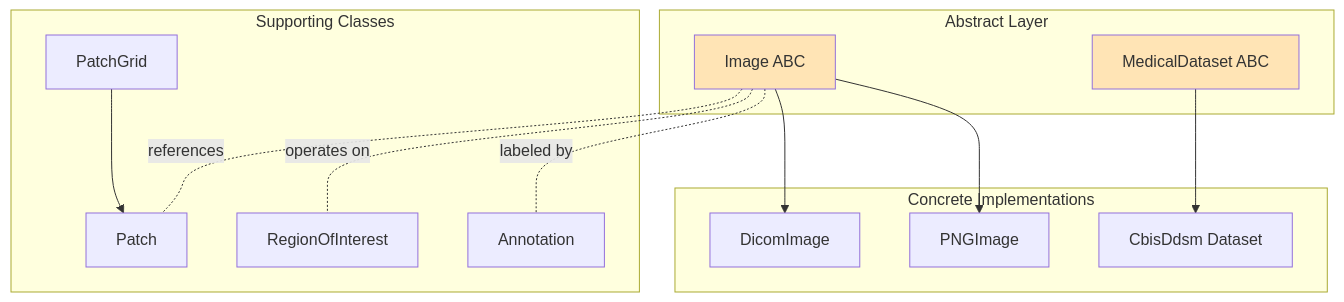
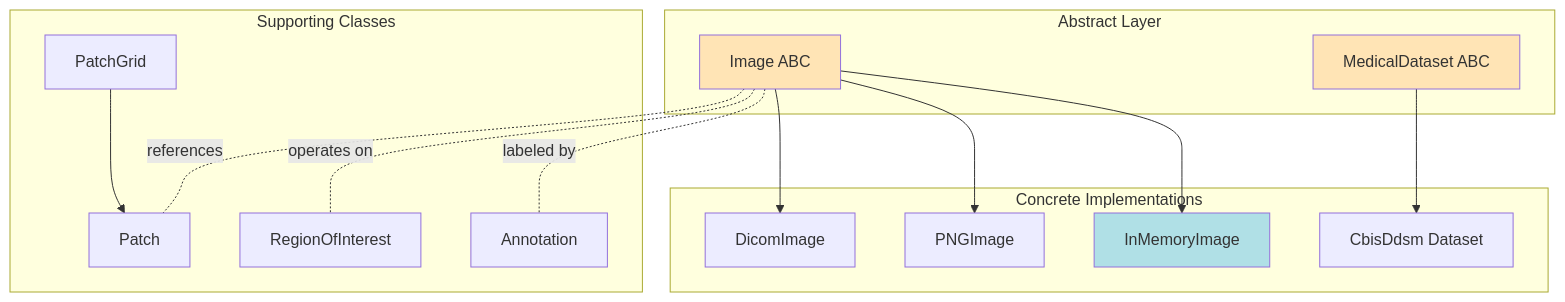
One commit to LATIS-medical-Imaging/medical-image-std changed the first of 12 diagrams in docs/architecture.md. Above: the diagram before and after it, drawn with Mermaid. The commit also changed other lines of this file and 9 other files, not shown here.

````diff
--- a/docs/architecture.md
+++ b/docs/architecture.md
@@ -48,32 +48,35 @@
 ```mermaid
 graph TB
     subgraph "Abstract Layer"
         Image[Image ABC]
         MedicalDataset[MedicalDataset ABC]
     end
-    
+
     subgraph "Concrete Implementations"
         DicomImage[DicomImage]
         PNGImage[PNGImage]
+        InMemoryImage[InMemoryImage]
         CbisDdsm[CbisDdsm Dataset]
     end
-    
+
     subgraph "Supporting Classes"
         Patch[Patch]
         PatchGrid[PatchGrid]
         ROI[RegionOfInterest]
         Annotation[Annotation]
     end
-    
+
     Image --> DicomImage
     Image --> PNGImage
+    Image --> InMemoryImage
     MedicalDataset --> CbisDdsm
-    
+
     PatchGrid --> Patch
     Image -.references.- Patch
     Image -.operates on.- ROI
     Image -.labeled by.- Annotation
-    
+
     style Image fill:#FFE4B5
     style MedicalDataset fill:#FFE4B5
+    style InMemoryImage fill:#B0E0E6
 ```
````
